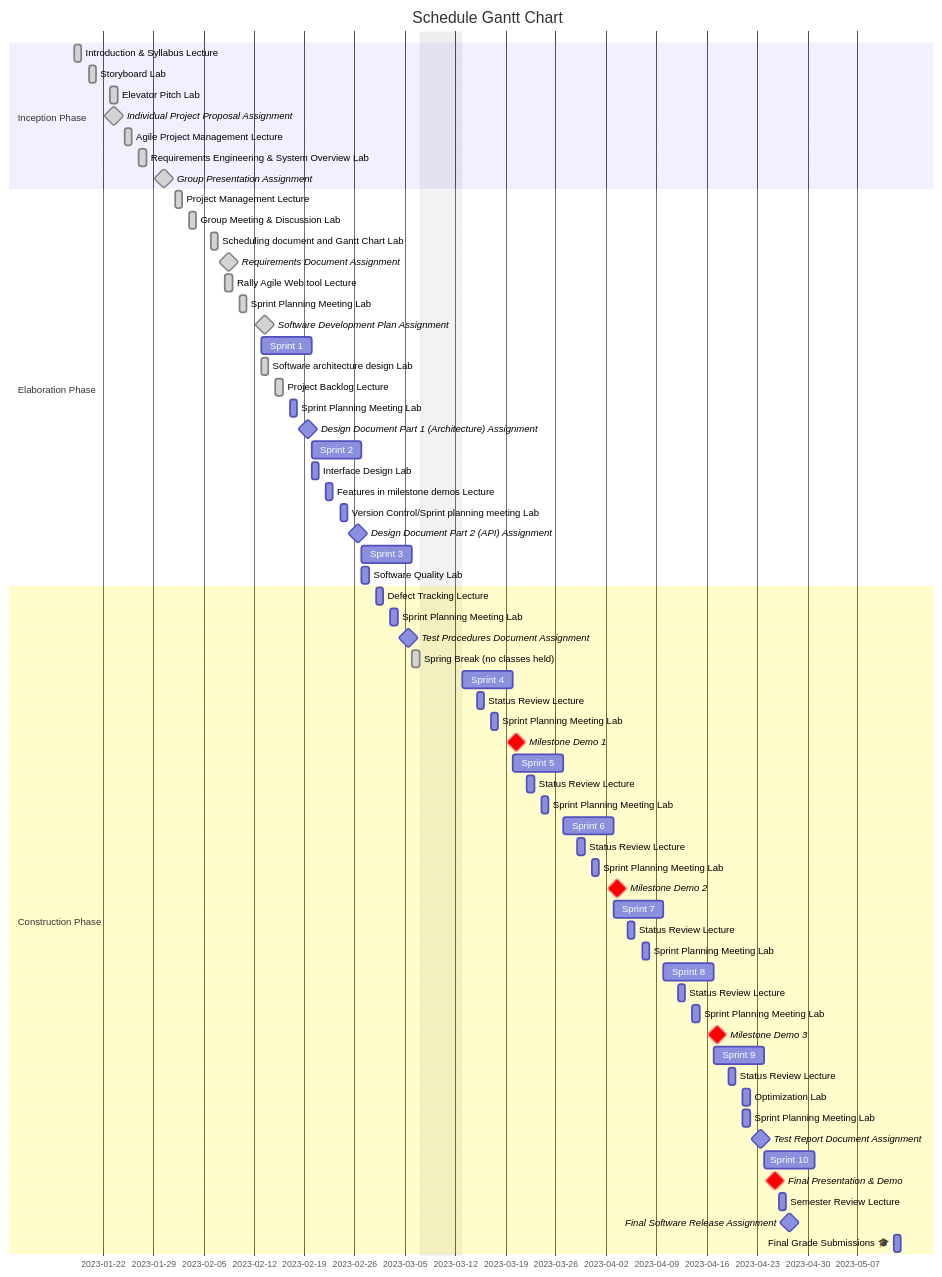
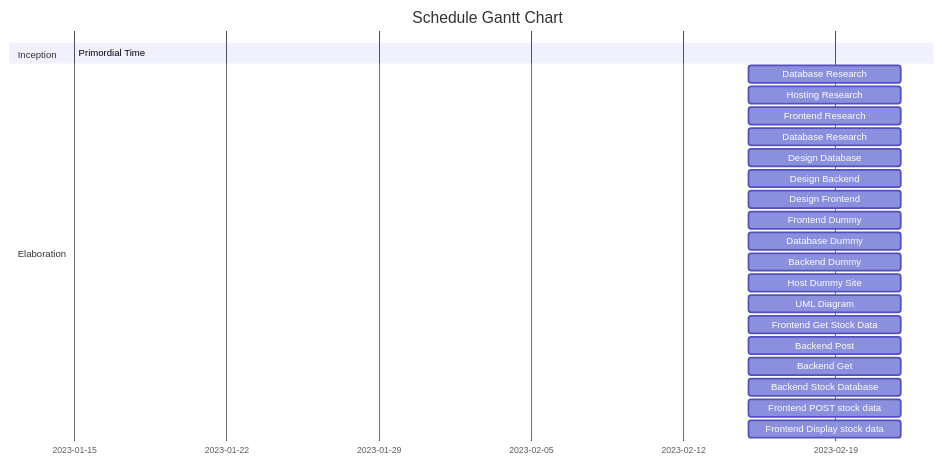
Before and after one commit to Capstone-Projects-2023-Spring/project-algorithmic-trading: the diagram in documentation/docs/development-plan/schedule.md, drawn with Mermaid. The commit also changed other lines of this file and 2 other files, not shown here.

Commit message:
more moving stuff over

````diff
--- a/documentation/docs/development-plan/schedule.md
+++ b/documentation/docs/development-plan/schedule.md
@@ -22,121 +9,51 @@
     title Schedule Gantt Chart
     dateFormat  YYYY-MM-DD
     excludes 2023-03-07 2023-03-08 2023-03-09 2023-03-10 2023-03-11 2023-03-12
-    section Inception Phase 
-         Introduction & Syllabus Lecture:  done, 2023-01-18, 1d
-        section Inception Phase 
-         Storyboard Lab:  done, 2023-01-20, 1d
-        section Inception Phase 
-         Elevator Pitch Lab:  done, 2023-01-23, 1d
-        section Inception Phase 
-         Individual Project Proposal Assignment: milestone, done, 2023-01-23, 1d
-        section Inception Phase 
-         Agile Project Management Lecture:  done, 2023-01-25, 1d
-        section Inception Phase 
-         Requirements Engineering  & System Overview Lab:  done, 2023-01-27, 1d
-        section Inception Phase 
-         Group Presentation Assignment: milestone, done, 2023-01-30, 1d
-        section Elaboration Phase 
-         Project Management Lecture:  done, 2023-02-01, 1d
-        section Elaboration Phase 
-         Group Meeting & Discussion Lab:  done, 2023-02-03, 1d
-        section Elaboration Phase 
-         Scheduling document and  Gantt Chart Lab:  done, 2023-02-06, 1d
-        section Elaboration Phase 
-         Requirements Document Assignment: milestone, done, 2023-02-08, 1d
-        section Elaboration Phase 
-         Rally Agile Web tool Lecture:  done, 2023-02-08, 1d
-        section Elaboration Phase 
-         Sprint Planning Meeting Lab:  done, 2023-02-10, 1d
-        section Elaboration Phase 
-         Software Development Plan Assignment: milestone, done, 2023-02-13, 1d
-        section Elaboration Phase 
-         Sprint 1: , 2023-02-13, 1w
-        section Elaboration Phase 
-         Software architecture design Lab:  done, 2023-02-13, 1d
-        section Elaboration Phase 
-         Project Backlog Lecture:  done, 2023-02-15, 1d
-        section Elaboration Phase 
-         Sprint Planning Meeting Lab:  , 2023-02-17, 1d
-        section Elaboration Phase 
-         Design Document Part 1 (Architecture) Assignment: milestone, , 2023-02-19, 1d
-        section Elaboration Phase 
-         Sprint 2: , 2023-02-20, 1w
-        section Elaboration Phase 
-         Interface Design Lab:  , 2023-02-20, 1d
-        section Elaboration Phase 
-         Features in milestone  demos Lecture:  , 2023-02-22, 1d
-        section Elaboration Phase 
-         Version Control/Sprint planning meeting Lab:  , 2023-02-24, 1d
-        section Elaboration Phase 
-         Design Document Part 2 (API) Assignment: milestone, , 2023-02-26, 1d
-        section Elaboration Phase 
-         Sprint 3: , 2023-02-27, 1w
-        section Elaboration Phase 
-         Software Quality Lab:  , 2023-02-27, 1d
-        section Construction Phase 
-         Defect Tracking Lecture:  , 2023-03-01, 1d
-        section Construction Phase 
-         Sprint Planning Meeting Lab:  , 2023-03-03, 1d
-        section Construction Phase 
-         Test Procedures Document Assignment: milestone, , 2023-03-05, 1d
-        section Construction Phase 
-         Spring Break (no classes held): done, 2023-03-06, 1d
-        section Construction Phase 
-         Sprint 4: , 2023-03-13, 1w
-        section Construction Phase 
-         Status Review Lecture:  , 2023-03-15, 1d
-        section Construction Phase 
-         Sprint Planning Meeting Lab:  , 2023-03-17, 1d
-        section Construction Phase 
-         Milestone Demo 1 :crit, milestone,  , 2023-03-20, 1d
-        section Construction Phase 
-         Sprint 5: , 2023-03-20, 1w
-        section Construction Phase 
-         Status Review Lecture:  , 2023-03-22, 1d
-        section Construction Phase 
-         Sprint Planning Meeting Lab:  , 2023-03-24, 1d
-        section Construction Phase 
-         Sprint 6: , 2023-03-27, 1w
-        section Construction Phase 
-         Status Review Lecture:  , 2023-03-29, 1d
-        section Construction Phase 
-         Sprint Planning Meeting Lab:  , 2023-03-31, 1d
-        section Construction Phase 
-         Milestone Demo 2 :crit, milestone,  , 2023-04-03, 1d
-        section Construction Phase 
-         Sprint 7: , 2023-04-03, 1w
-        section Construction Phase 
-         Status Review Lecture:  , 2023-04-05, 1d
-        section Construction Phase 
-         Sprint Planning Meeting Lab:  , 2023-04-07, 1d
-        section Construction Phase 
-         Sprint 8: , 2023-04-10, 1w
-        section Construction Phase 
-         Status Review Lecture:  , 2023-04-12, 1d
-        section Construction Phase 
-         Sprint Planning Meeting Lab:  , 2023-04-14, 1d
-        section Construction Phase 
-         Milestone Demo 3 :crit, milestone,  , 2023-04-17, 1d
-        section Construction Phase 
-         Sprint 9: , 2023-04-17, 1w
-        section Construction Phase 
-         Status Review Lecture:  , 2023-04-19, 1d
-        section Construction Phase 
-         Optimization Lab:  , 2023-04-21, 1d
-        section Construction Phase 
-         Sprint Planning Meeting Lab:  , 2023-04-21, 1d
-        section Construction Phase 
-         Test Report Document Assignment: milestone, , 2023-04-23, 1d
-        section Construction Phase 
-         Sprint 10: , 2023-04-24, 1w
-        section Construction Phase 
-         Final Presentation & Demo :crit, milestone,  , 2023-04-25, 1d
-        section Construction Phase 
-         Semester Review Lecture:  , 2023-04-26, 1d
-        section Construction Phase 
-         Final Software Release Assignment: milestone, , 2023-04-27, 1d
-        section Construction Phase 
-         Final Grade Submissions 🎓 :  , 2023-05-12, 1d
+    
+        section Inception
+        Primordial Time: done, 2023-01-15, 
+
+        section Elaboration
+         Database Research:  , 2023-02-15, 1w
+        
+         Hosting Research:  , 2023-02-15, 1w
+        
+         Frontend Research:  , 2023-02-15, 1w
+        
+         Database Research:  , 2023-02-15, 1w
+
+         Design Database: , 2023-02-15, 1w
+
+         Design Backend: , 2023-02-15, 1w
+
+         Design Frontend: , 2023-02-15, 1w
+
+         Frontend Dummy: , 2023-02-15, 1w
+
+         Database Dummy: , 2023-02-15, 1w
+
+         Backend Dummy: , 2023-02-15, 1w
+
+         Host Dummy Site: , 2023-02-15, 1w
+
+         UML Diagram: , 2023-02-15, 1w
+
+         Frontend Get Stock Data: , 2023-02-15, 1w
+
+         Backend Post : , 2023-02-15, 1w
+
+         Backend Get: , 2023-02-15, 1w
+
+         Backend Stock Database: , 2023-02-15, 1w
+
+         Frontend POST stock data: , 2023-02-15, 1w
+
+         Frontend Display stock data: , 2023-02-15, 1w
+
+         section Implementation
+         
+
+
+
         
 ```
````
